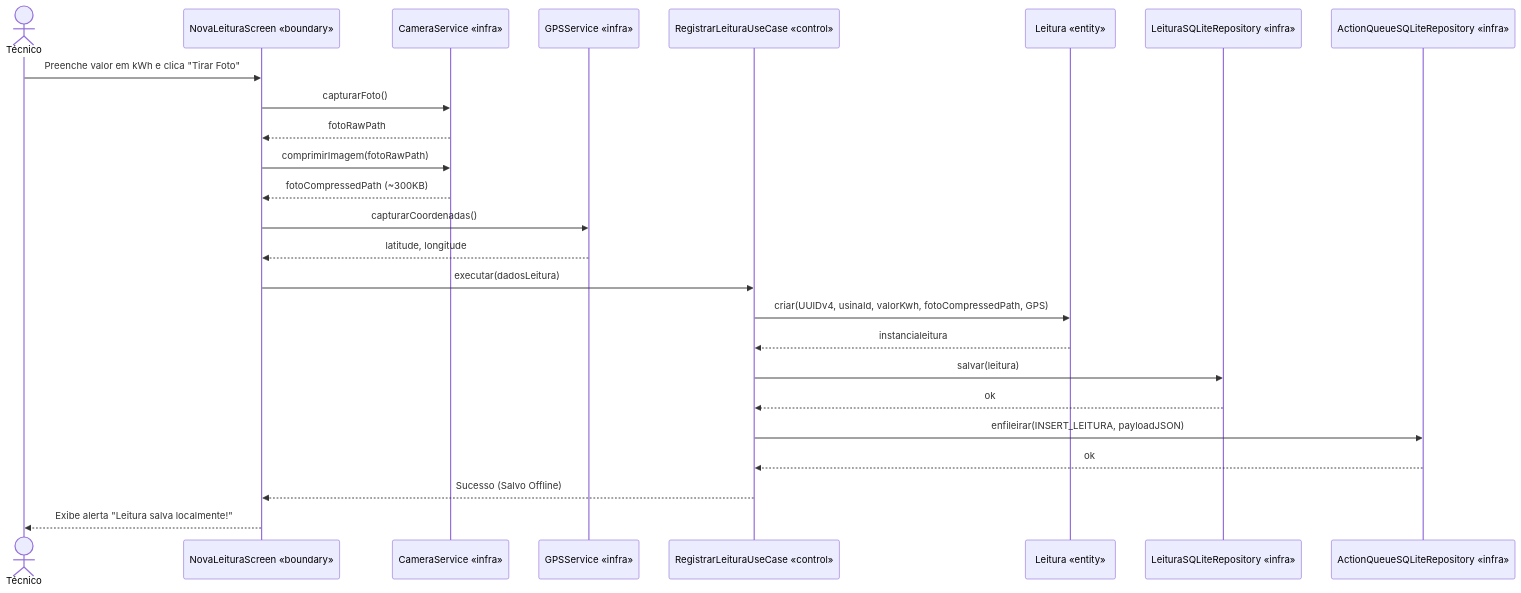
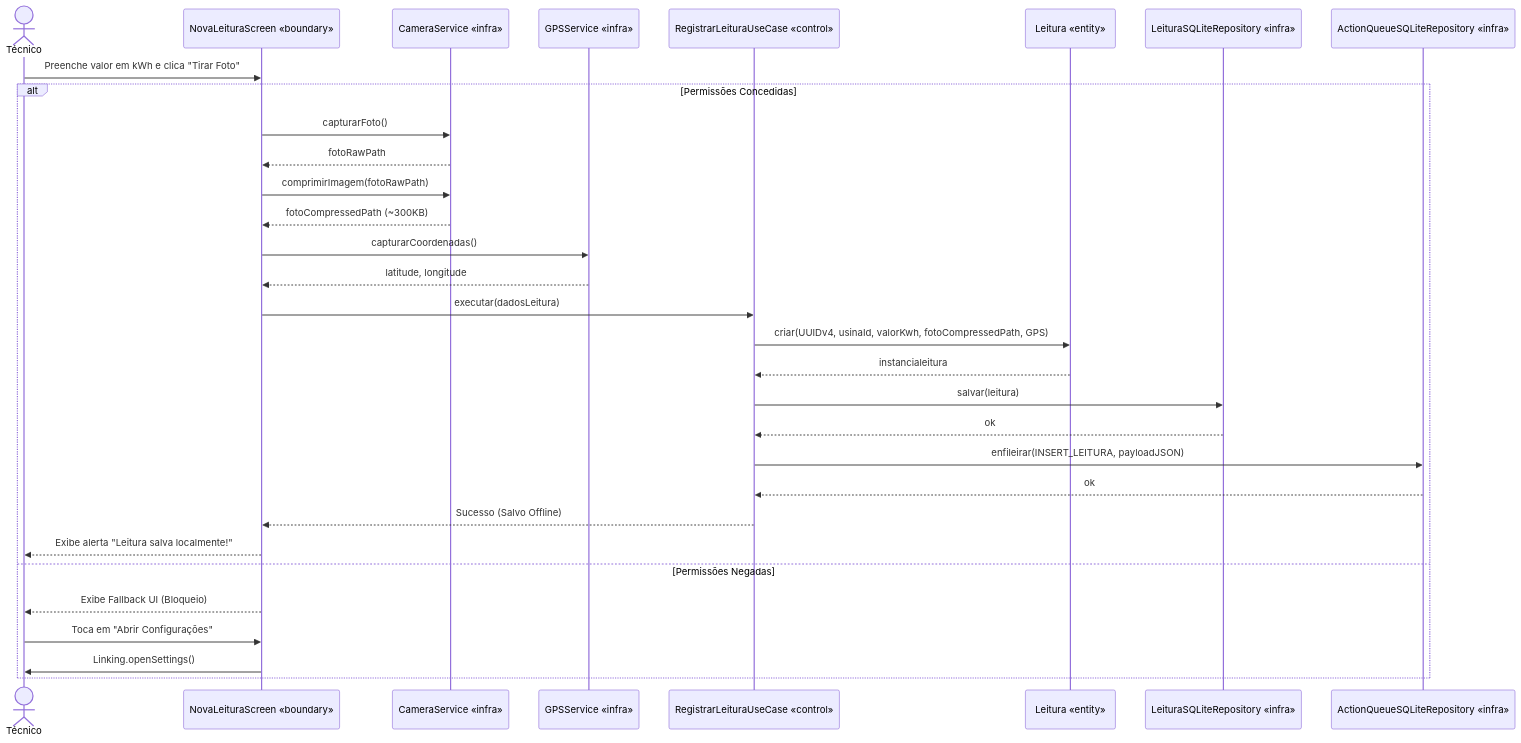
Before and after one commit to Julio-Net0/EquinoxSystemMobile: the eighth of 10 diagrams in docs/documento-software.md, drawn with Mermaid. The commit also changed other lines of this file and 2 other files, not shown here.

Commit message:
docs: update and audit planning documentation

````diff
--- a/docs/documento-software.md
+++ b/docs/documento-software.md
@@ -364,28 +373,34 @@
 ```mermaid
 sequenceDiagram
     actor Técnico
     participant Screen as NovaLeituraScreen «boundary»
     participant Camera as CameraService «infra»
     participant GPS as GPSService «infra»
     participant UseCase as RegistrarLeituraUseCase «control»
     participant Domain as Leitura «entity»
     participant LocalRepo as LeituraSQLiteRepository «infra»
     participant Queue as ActionQueueSQLiteRepository «infra»
 
     Técnico ->> Screen: Preenche valor em kWh e clica "Tirar Foto"
-    Screen ->> Camera: capturarFoto()
-    Camera -->> Screen: fotoRawPath
-    Screen ->> Camera: comprimirImagem(fotoRawPath)
-    Camera -->> Screen: fotoCompressedPath (~300KB)
-    Screen ->> GPS: capturarCoordenadas()
-    GPS -->> Screen: latitude, longitude
-    Screen ->> UseCase: executar(dadosLeitura)
-    UseCase ->> Domain: criar(UUIDv4, usinaId, valorKwh, fotoCompressedPath, GPS)
-    Domain -->> UseCase: instancialeitura
-    UseCase ->> LocalRepo: salvar(leitura)
-    LocalRepo -->> UseCase: ok
-    UseCase ->> Queue: enfileirar(INSERT_LEITURA, payloadJSON)
-    Queue -->> UseCase: ok
-    UseCase -->> Screen: Sucesso (Salvo Offline)
-    Screen -->> Técnico: Exibe alerta "Leitura salva localmente!"
+    alt Permissões Concedidas
+        Screen ->> Camera: capturarFoto()
+        Camera -->> Screen: fotoRawPath
+        Screen ->> Camera: comprimirImagem(fotoRawPath)
+        Camera -->> Screen: fotoCompressedPath (~300KB)
+        Screen ->> GPS: capturarCoordenadas()
+        GPS -->> Screen: latitude, longitude
+        Screen ->> UseCase: executar(dadosLeitura)
+        UseCase ->> Domain: criar(UUIDv4, usinaId, valorKwh, fotoCompressedPath, GPS)
+        Domain -->> UseCase: instancialeitura
+        UseCase ->> LocalRepo: salvar(leitura)
+        LocalRepo -->> UseCase: ok
+        UseCase ->> Queue: enfileirar(INSERT_LEITURA, payloadJSON)
+        Queue -->> UseCase: ok
+        UseCase -->> Screen: Sucesso (Salvo Offline)
+        Screen -->> Técnico: Exibe alerta "Leitura salva localmente!"
+    else Permissões Negadas
+        Screen -->> Técnico: Exibe Fallback UI (Bloqueio)
+        Técnico ->> Screen: Toca em "Abrir Configurações"
+        Screen ->> Técnico: Linking.openSettings()
+    end
 ```
````
